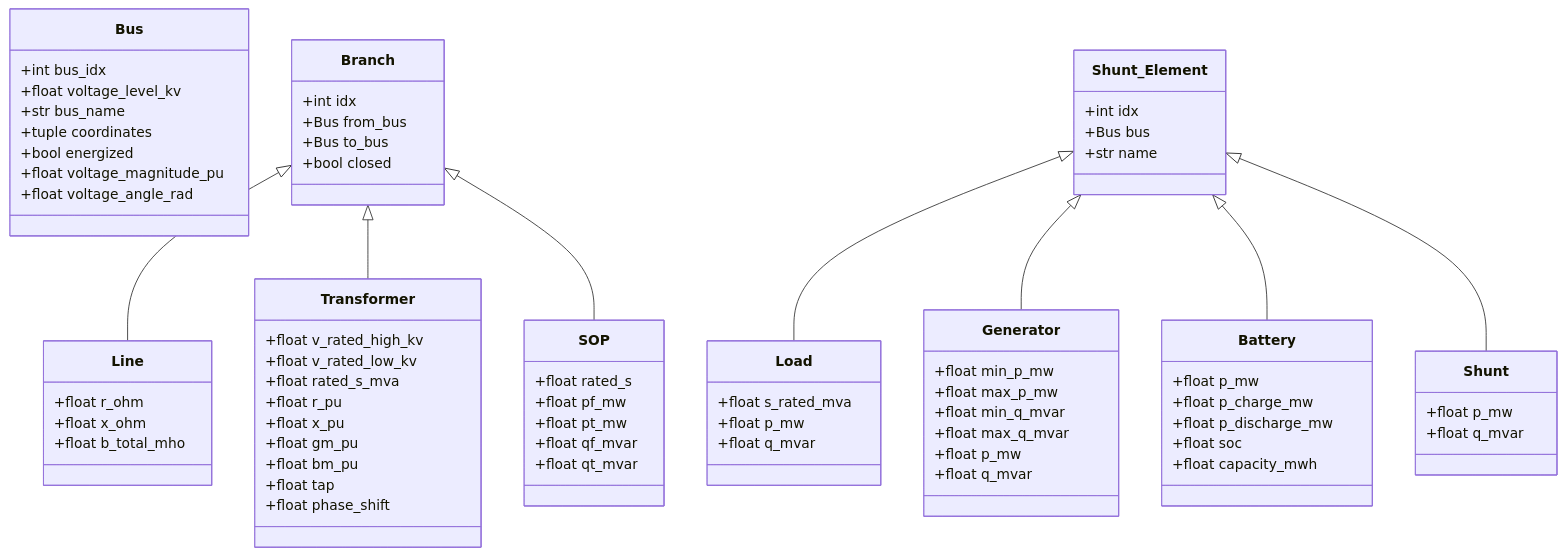
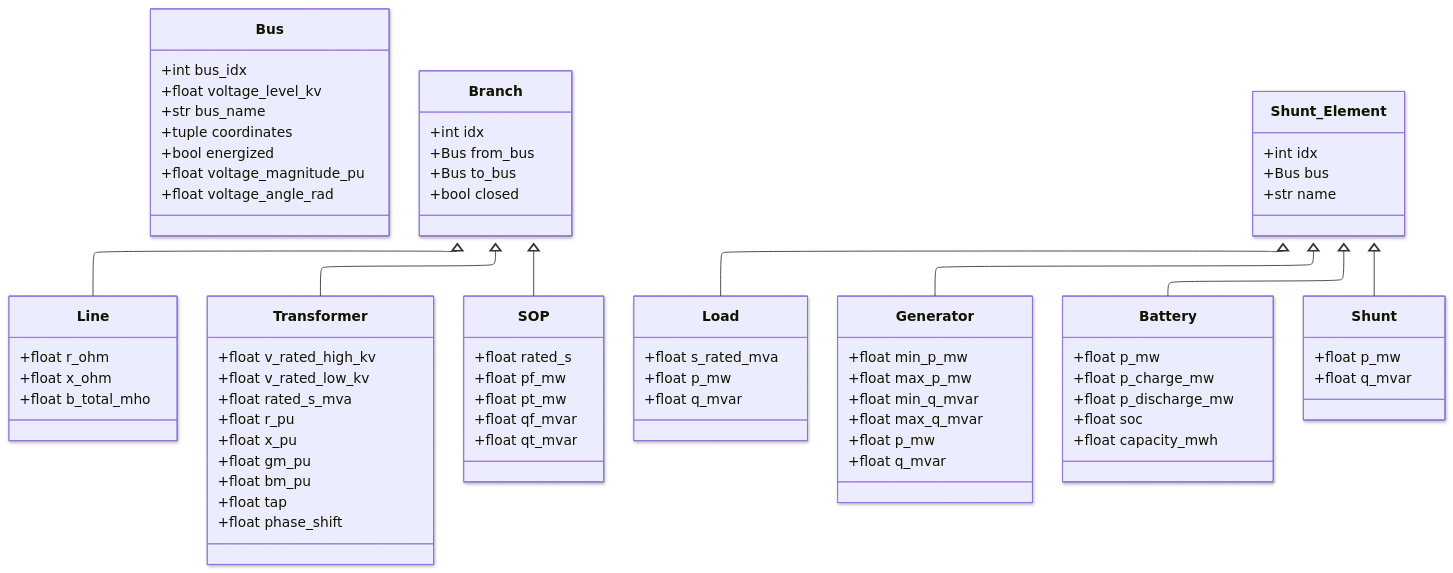
Before and after one commit to KemalParlaktuna/power_system: the diagram in ELEMENTS.md, drawn with Mermaid.

```diff
--- a/ELEMENTS.md
+++ b/ELEMENTS.md
@@ -5,6 +5,8 @@
 config:
   class:
     hideEmptyMembersBox: true
+  look: neo
+  layout: elk
 ---
 classDiagram
 direction TB
```
